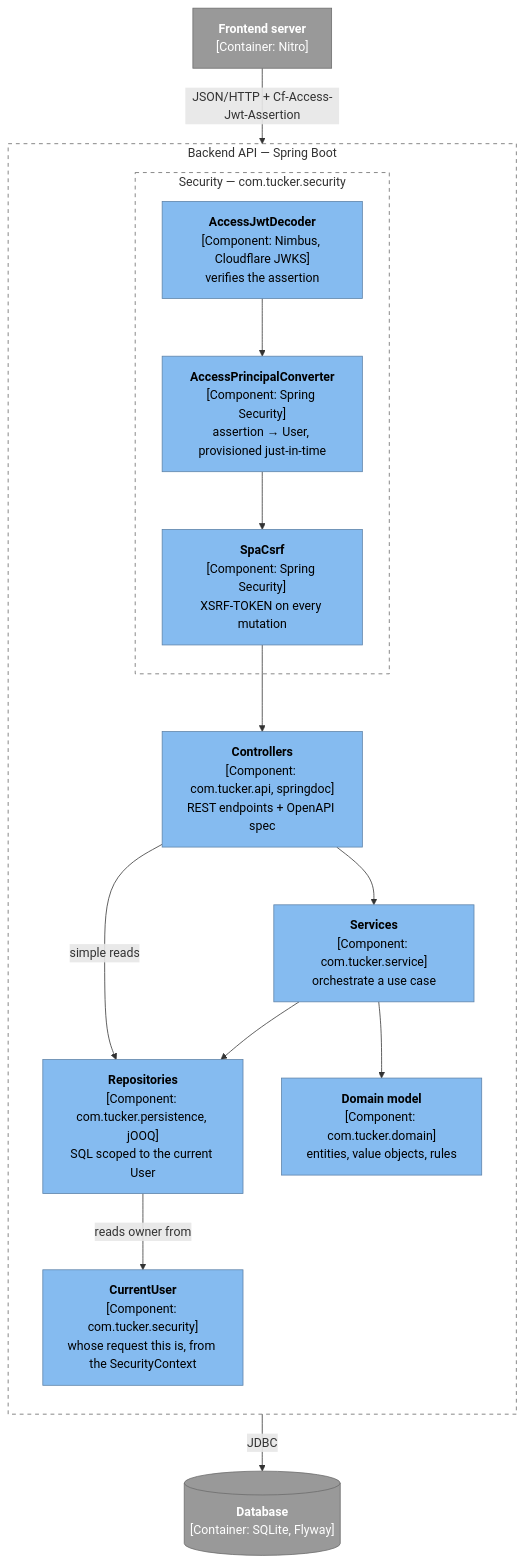
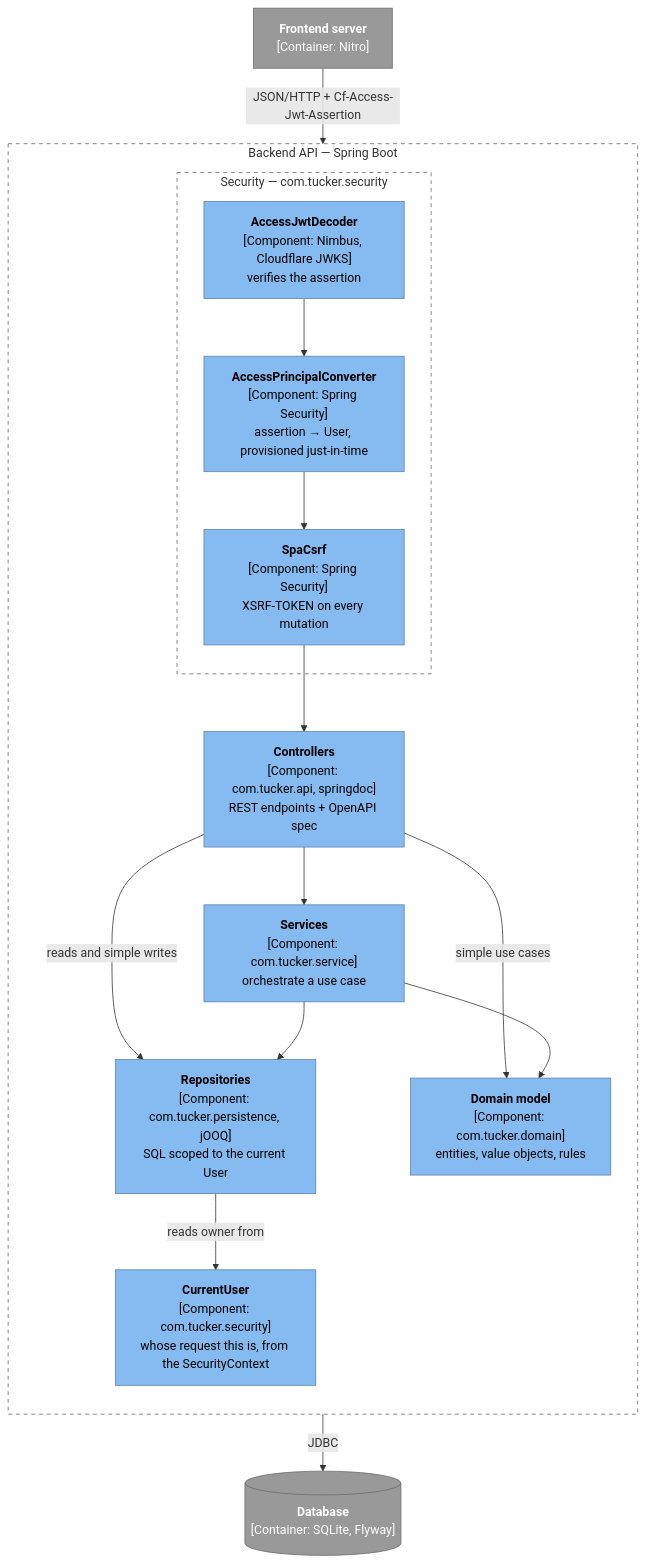
The fourth of 10 diagrams in docs/architecture.md (skrymer/tucker), drawn with Mermaid before and after one commit. The commit also changed 20 other files, not shown here.

````diff
--- a/docs/architecture.md
+++ b/docs/architecture.md
@@ -160,35 +160,36 @@
 ```mermaid
 flowchart TD
   web["<b>Frontend server</b><br/>[Container: Nitro]"]:::ext
 
   subgraph api["Backend API — Spring Boot"]
     direction TB
     subgraph sec["Security — com.tucker.security"]
       jwt["<b>AccessJwtDecoder</b><br/>[Component: Nimbus, Cloudflare JWKS]<br/>verifies the assertion"]:::component
       principal["<b>AccessPrincipalConverter</b><br/>[Component: Spring Security]<br/>assertion → User, provisioned just-in-time"]:::component
       csrf["<b>SpaCsrf</b><br/>[Component: Spring Security]<br/>XSRF-TOKEN on every mutation"]:::component
     end
     current["<b>CurrentUser</b><br/>[Component: com.tucker.security]<br/>whose request this is, from the SecurityContext"]:::component
     controllers["<b>Controllers</b><br/>[Component: com.tucker.api, springdoc]<br/>REST endpoints + OpenAPI spec"]:::component
     services["<b>Services</b><br/>[Component: com.tucker.service]<br/>orchestrate a use case"]:::component
     domain["<b>Domain model</b><br/>[Component: com.tucker.domain]<br/>entities, value objects, rules"]:::component
     repos["<b>Repositories</b><br/>[Component: com.tucker.persistence, jOOQ]<br/>SQL scoped to the current User"]:::component
   end
   db[("<b>Database</b><br/>[Container: SQLite, Flyway]")]:::ext
 
   web -- "JSON/HTTP + Cf-Access-Jwt-Assertion" --> jwt
   jwt --> principal
   principal --> csrf
   csrf --> controllers
   controllers --> services
-  controllers -- "simple reads" --> repos
+  controllers -- "reads and simple writes" --> repos
+  controllers -- "simple use cases" --> domain
   services --> domain
   services --> repos
   repos -- "reads owner from" --> current
   repos -- "JDBC" --> db
 
   classDef component fill:#85bbf0,color:#000,stroke:#5d82a8
   classDef ext fill:#999,color:#fff,stroke:#6b6b6b
   style api fill:none,stroke:#666,stroke-dasharray:5 5
   style sec fill:none,stroke:#666,stroke-dasharray:5 5
 ```
````
